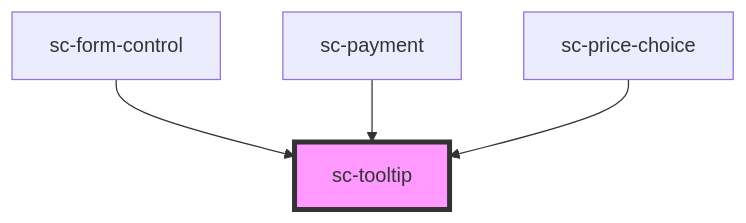
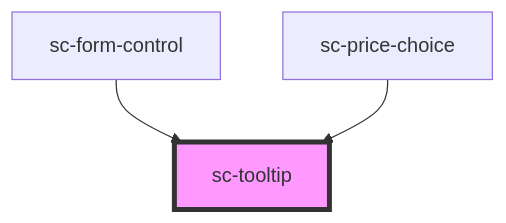
One commit to surecart/surecart-wp-plugin changed the diagram in packages/components/src/components/ui/tooltip/readme.md. Above: the diagram before and after it, drawn with Mermaid. The commit also changed other lines of this file and 33 other files, not shown here.

````diff
--- a/packages/components/src/components/ui/tooltip/readme.md
+++ b/packages/components/src/components/ui/tooltip/readme.md
@@ -37,7 +36,6 @@
 ```mermaid
 graph TD;
   sc-form-control --> sc-tooltip
-  sc-payment --> sc-tooltip
   sc-price-choice --> sc-tooltip
   style sc-tooltip fill:#f9f,stroke:#333,stroke-width:4px
 ```
````
